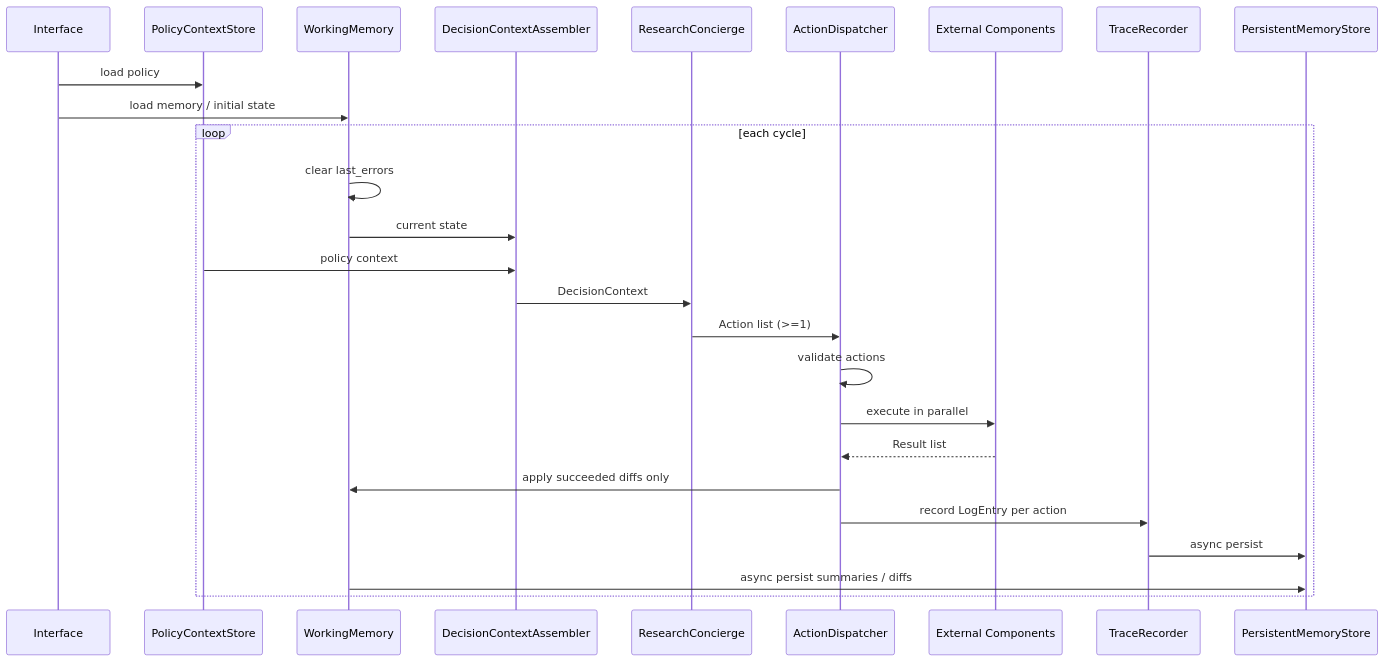
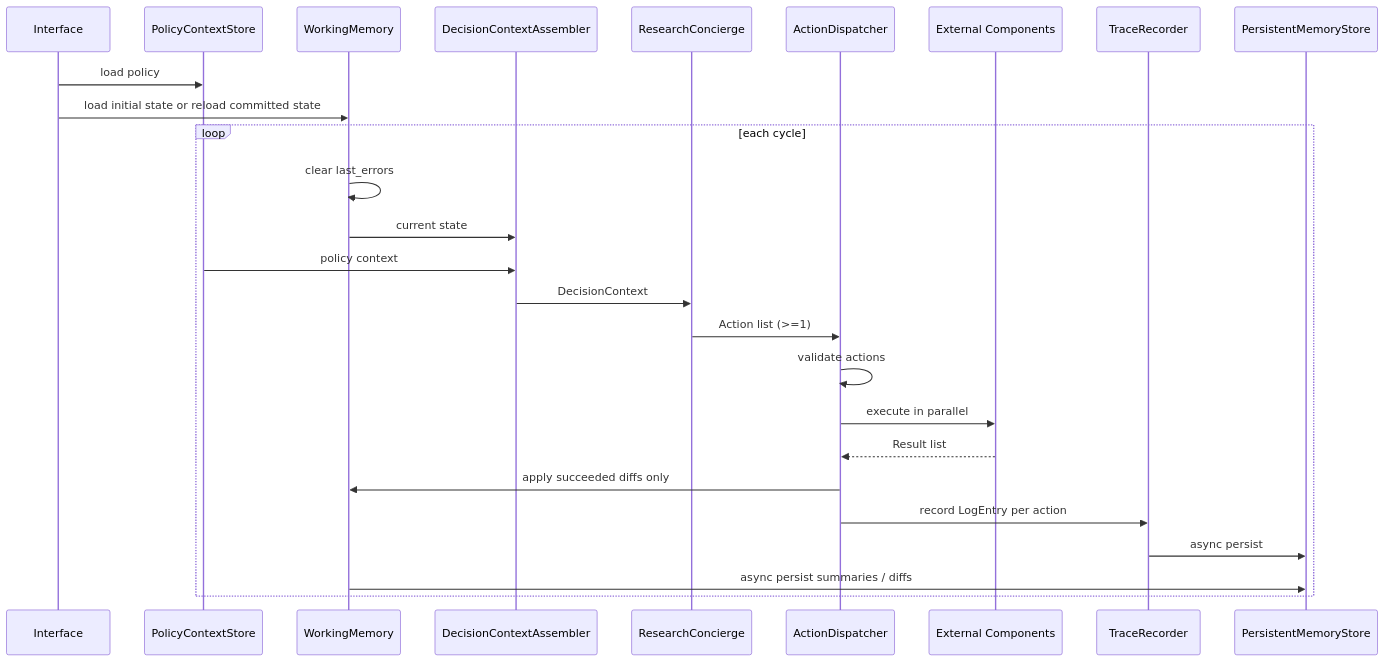
Before and after one commit to kenoogl/eqorch: the second of 3 diagrams in .kiro/specs/eqorch/design.md, drawn with Mermaid. The commit also changed other lines of this file and 3 other files, not shown here.

````diff
--- a/.kiro/specs/eqorch/design.md
+++ b/.kiro/specs/eqorch/design.md
@@ -88,29 +95,29 @@
 ```mermaid
 sequenceDiagram
     participant I as Interface
     participant P as PolicyContextStore
     participant W as WorkingMemory
     participant A as DecisionContextAssembler
     participant C as ResearchConcierge
     participant D as ActionDispatcher
     participant E as External Components
     participant T as TraceRecorder
     participant S as PersistentMemoryStore
 
     I->>P: load policy
-    I->>W: load memory / initial state
+    I->>W: load initial state or reload committed state
     loop each cycle
         W->>W: clear last_errors
         W->>A: current state
         P->>A: policy context
         A->>C: DecisionContext
         C->>D: Action list (>=1)
         D->>D: validate actions
         D->>E: execute in parallel
         E-->>D: Result list
         D->>W: apply succeeded diffs only
         D->>T: record LogEntry per action
         T->>S: async persist
         W->>S: async persist summaries / diffs
     end
 ```
````
